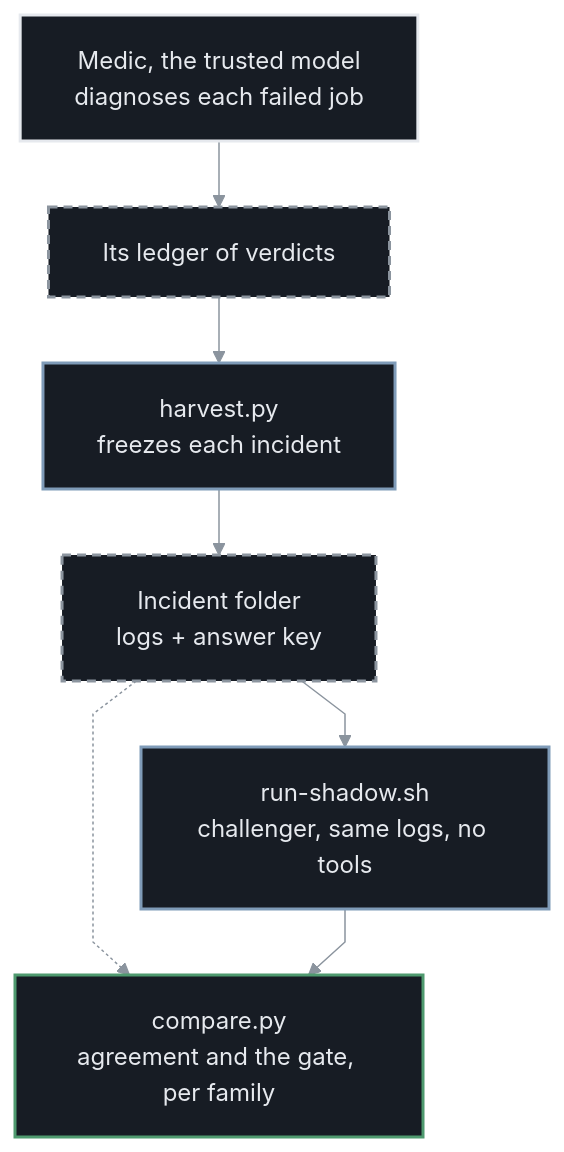
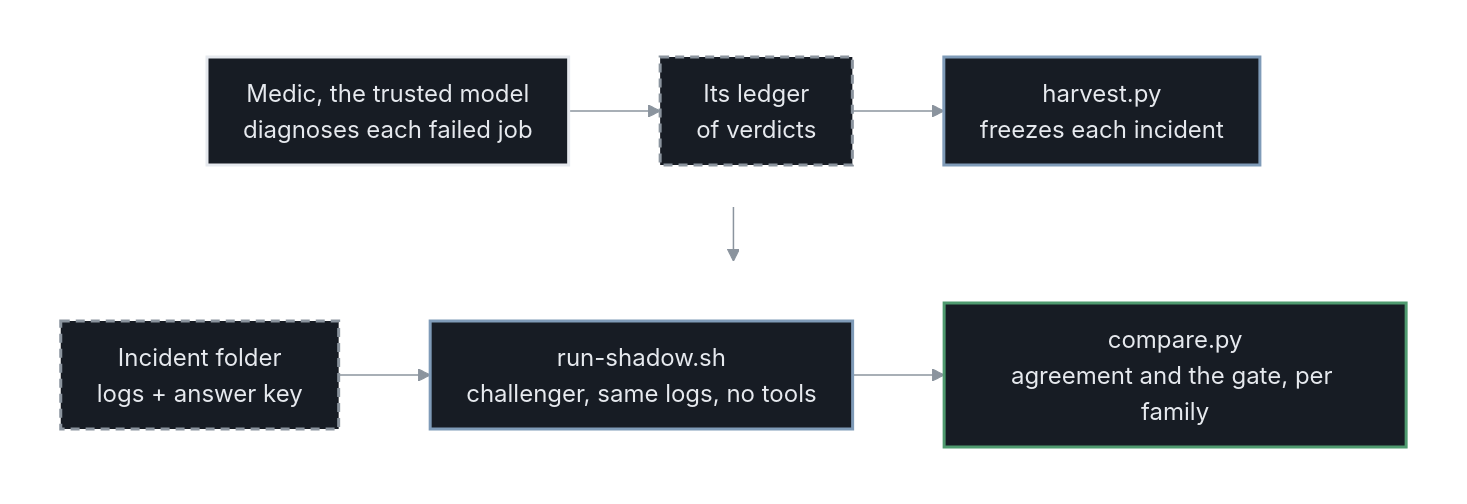
Before and after one commit to jameswniu/production-llm-shadow-deployment-evaluation: the diagram in README.md, drawn with Mermaid. The commit also changed other lines of this file, not shown here.

First line of the commit message:
Lay the flowchart out in two rows and write the page in the brief shape

````diff
--- a/README.md
+++ b/README.md
@@ -29,16 +29,19 @@
 ```mermaid
-%%{init: {'theme': 'base', 'flowchart': {'curve': 'linear', 'padding': 18, 'nodeSpacing': 44, 'rankSpacing': 44}, 'themeVariables': {'lineColor': '#8b949e', 'textColor': '#e6e9ee', 'primaryColor': '#171c24', 'primaryTextColor': '#e6e9ee', 'primaryBorderColor': '#2c333d', 'fontSize': '16px'}}}%%
-flowchart TD
-    A["Medic, the trusted model<br/>diagnoses each failed job"] --> B["Its ledger of verdicts"]
-    B --> C["harvest.py<br/>freezes each incident"]
-    C --> D["Incident folder<br/>logs + answer key"]
-    D --> E["run-shadow.sh<br/>challenger, same logs, no tools"]
-    D -.-> F
-    E --> F["compare.py<br/>agreement and the gate, per family"]
+%%{init: {'theme': 'base', 'flowchart': {'curve': 'linear', 'padding': 12, 'nodeSpacing': 36, 'rankSpacing': 36, 'wrappingWidth': 260, 'subGraphTitleMargin': {'top': 0, 'bottom': 0}}, 'themeVariables': {'lineColor': '#8b949e', 'textColor': '#e6e9ee', 'primaryColor': '#171c24', 'primaryTextColor': '#e6e9ee', 'primaryBorderColor': '#2c333d', 'clusterBkg': 'transparent', 'clusterBorder': 'transparent', 'fontSize': '16px'}}}%%
+flowchart TB
+    subgraph R1 [" "]
+        direction LR
+        A["Medic, the trusted model<br/>diagnoses each failed job"] --> B["Its ledger<br/>of verdicts"] --> C["harvest.py<br/>freezes each incident"]
+    end
+    subgraph R2 [" "]
+        direction LR
+        D["Incident folder<br/>logs + answer key"] --> E["run-shadow.sh<br/>challenger, same logs, no tools"] --> F["compare.py<br/>agreement and the gate, per family"]
+    end
+    R1 --> R2
     style A fill:#171c24,color:#e6e9ee,stroke:#e6e9ee,stroke-width:2px
     style B fill:#171c24,color:#e6e9ee,stroke:#8b949e,stroke-width:2px,stroke-dasharray:6 4
     style C fill:#171c24,color:#e6e9ee,stroke:#7f9bb8,stroke-width:2px
     style D fill:#171c24,color:#e6e9ee,stroke:#8b949e,stroke-width:2px,stroke-dasharray:6 4
     style E fill:#171c24,color:#e6e9ee,stroke:#7f9bb8,stroke-width:2px
     style F fill:#171c24,color:#e6e9ee,stroke:#4f9a6f,stroke-width:2px
 ```
````
